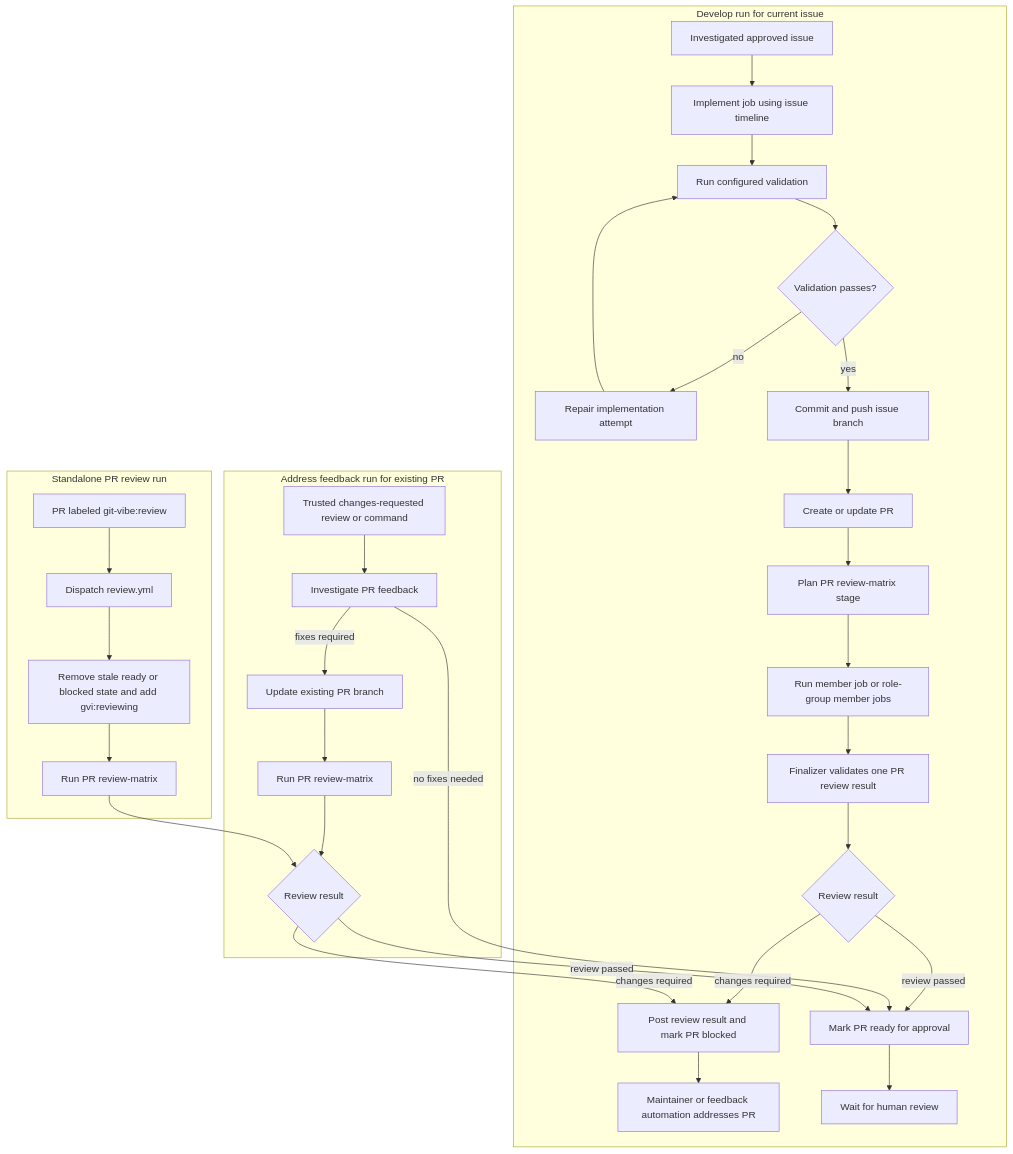
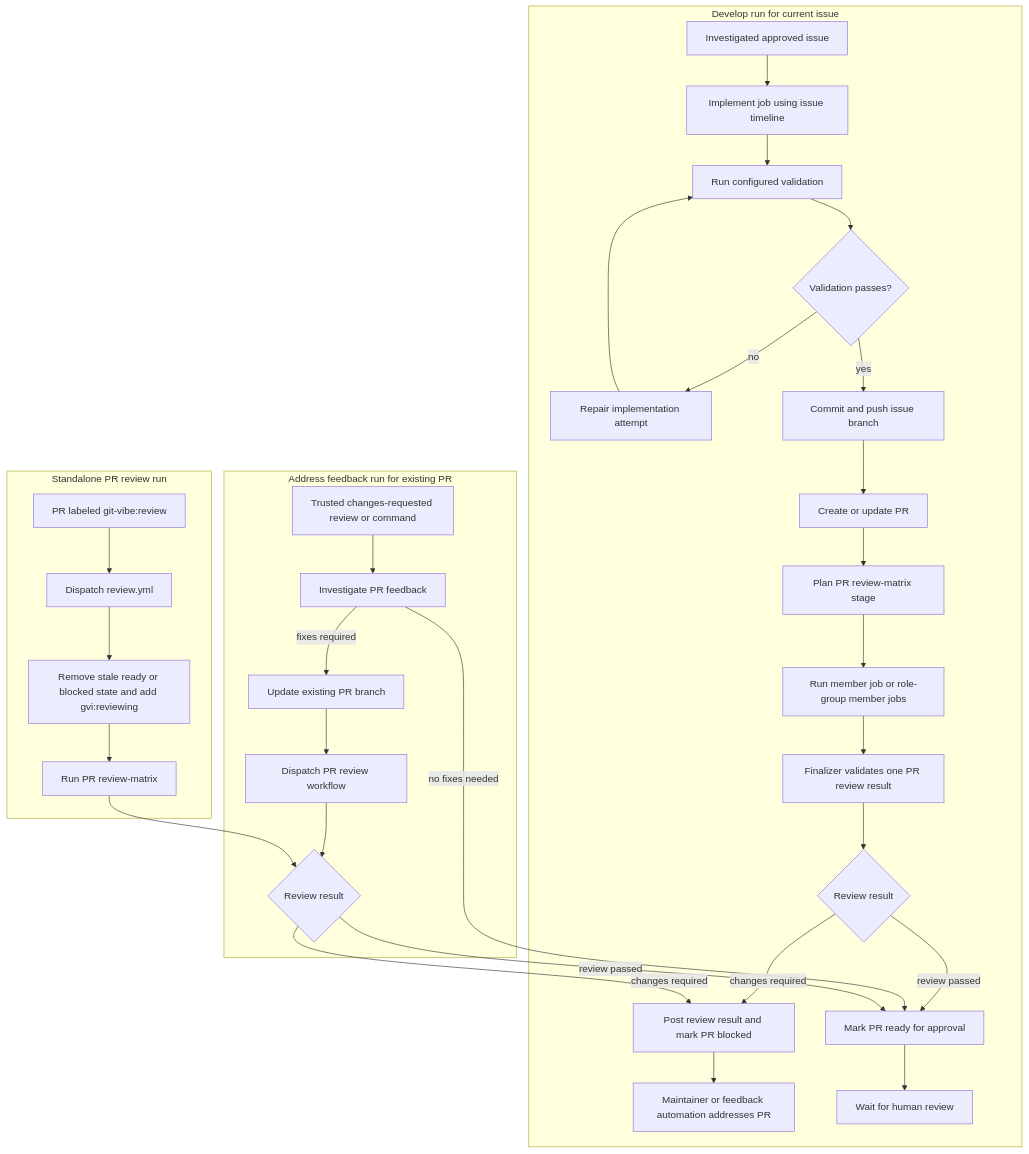
The third of 7 diagrams in docs/WORKFLOW.md (markhuangai/git-vibe), drawn with Mermaid before and after one commit. The commit also changed other lines of this file and 30 other files, not shown here.

Commit message:
chore: align v3 config and PR feedback flow

````diff
--- a/docs/WORKFLOW.md
+++ b/docs/WORKFLOW.md
@@ -208,37 +208,37 @@
 ```mermaid
 flowchart TD
   subgraph ParentRun[Develop run for current issue]
     A[Investigated approved issue] --> E[Implement job using issue timeline]
     E --> F[Run configured validation]
     F --> G{Validation passes?}
     G -->|no| H[Repair implementation attempt]
     H --> F
     G -->|yes| I[Commit and push issue branch]
     I --> R[Create or update PR]
     R --> J[Plan PR review-matrix stage]
     J --> K[Run member job or role-group member jobs]
     K --> L[Finalizer validates one PR review result]
     L --> M{Review result}
     M -->|changes required| N[Post review result and mark PR blocked]
     M -->|review passed| S[Mark PR ready for approval]
     N --> T[Maintainer or feedback automation addresses PR]
     S --> U[Wait for human review]
   end
 
   subgraph FeedbackRun[Address feedback run for existing PR]
     P[Trusted changes-requested review or command] --> Q[Investigate PR feedback]
     Q -->|fixes required| AA[Update existing PR branch]
-    AA --> AB[Run PR review-matrix]
+    AA --> AB[Dispatch PR review workflow]
     Q -->|no fixes needed| S
     AB --> Z
   end
 
   subgraph ManualReview[Standalone PR review run]
     V[PR labeled git-vibe:review] --> W[Dispatch review.yml]
     W --> X[Remove stale ready or blocked state and add gvi:reviewing]
     X --> Y[Run PR review-matrix]
     Y --> Z{Review result}
     Z -->|changes required| N
     Z -->|review passed| S
   end
 ```
````
